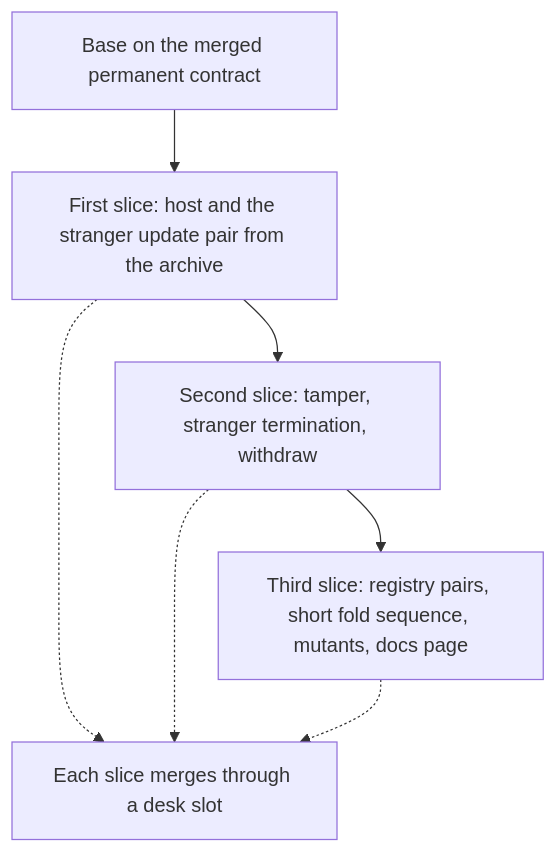
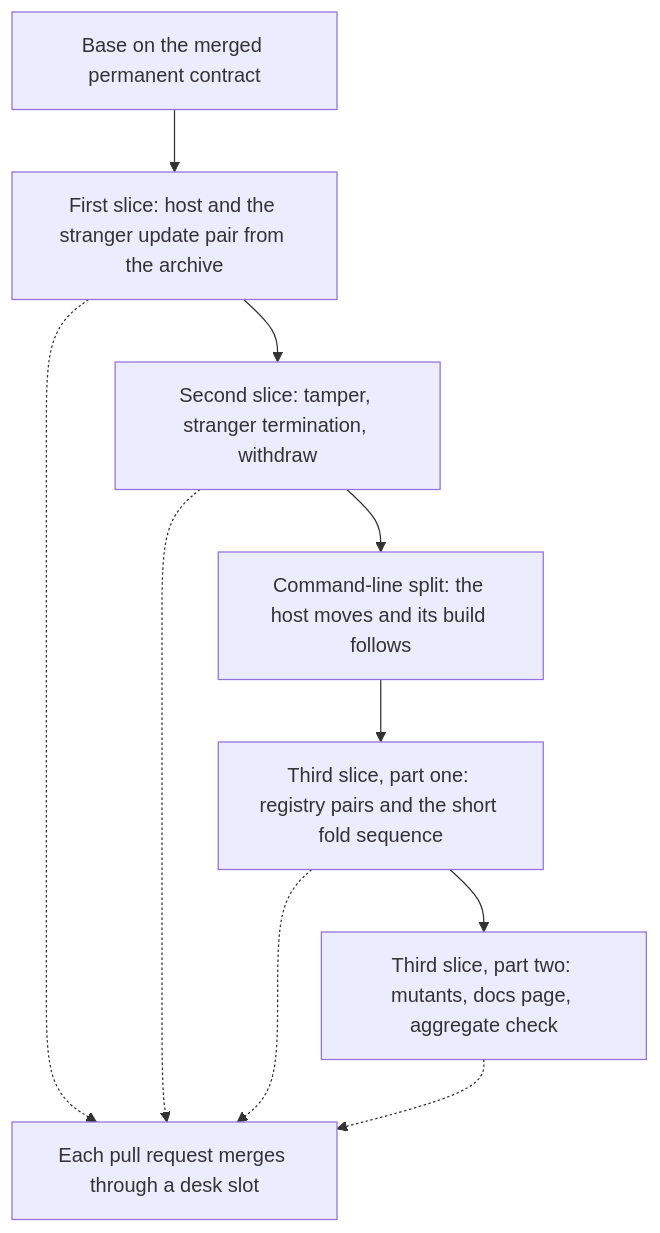
Before and after one commit to lambdasistemi/singular: the diagram in specs/358-singular-negative/plan.md, drawn with Mermaid. The commit also changed other lines of this file and 7 other files, not shown here.

Commit message:
docs: cut the third slice and state mutants by refusing rule

````diff
--- a/specs/358-singular-negative/plan.md
+++ b/specs/358-singular-negative/plan.md
@@ -11,9 +13,12 @@
 ```mermaid
 flowchart TD
     Base[Base on the merged permanent contract] --> First[First slice: host and the stranger update pair from the archive]
     First --> Second[Second slice: tamper, stranger termination, withdraw]
-    Second --> Third[Third slice: registry pairs, short fold sequence, mutants, docs page]
-    First -.-> Slot[Each slice merges through a desk slot]
+    Second --> Split[Command-line split: the host moves and its build follows]
+    Split --> ThirdOne[Third slice, part one: registry pairs and the short fold sequence]
+    ThirdOne --> ThirdTwo[Third slice, part two: mutants, docs page, aggregate check]
+    First -.-> Slot[Each pull request merges through a desk slot]
     Second -.-> Slot
-    Third -.-> Slot
+    ThirdOne -.-> Slot
+    ThirdTwo -.-> Slot
 ```
````
